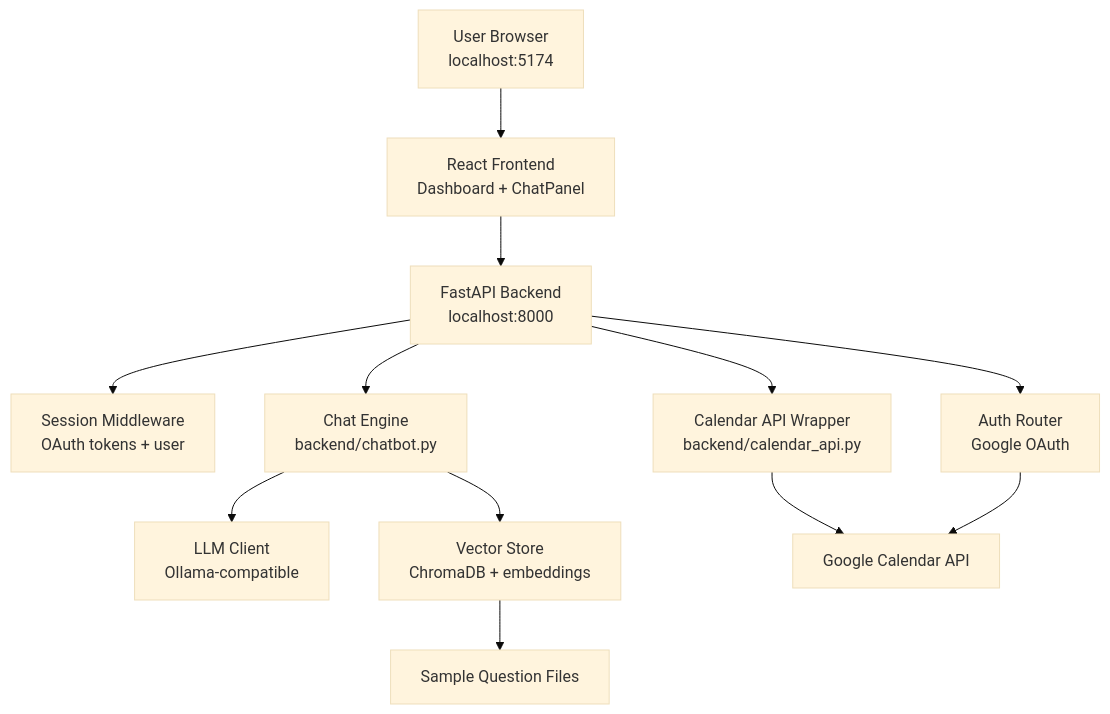
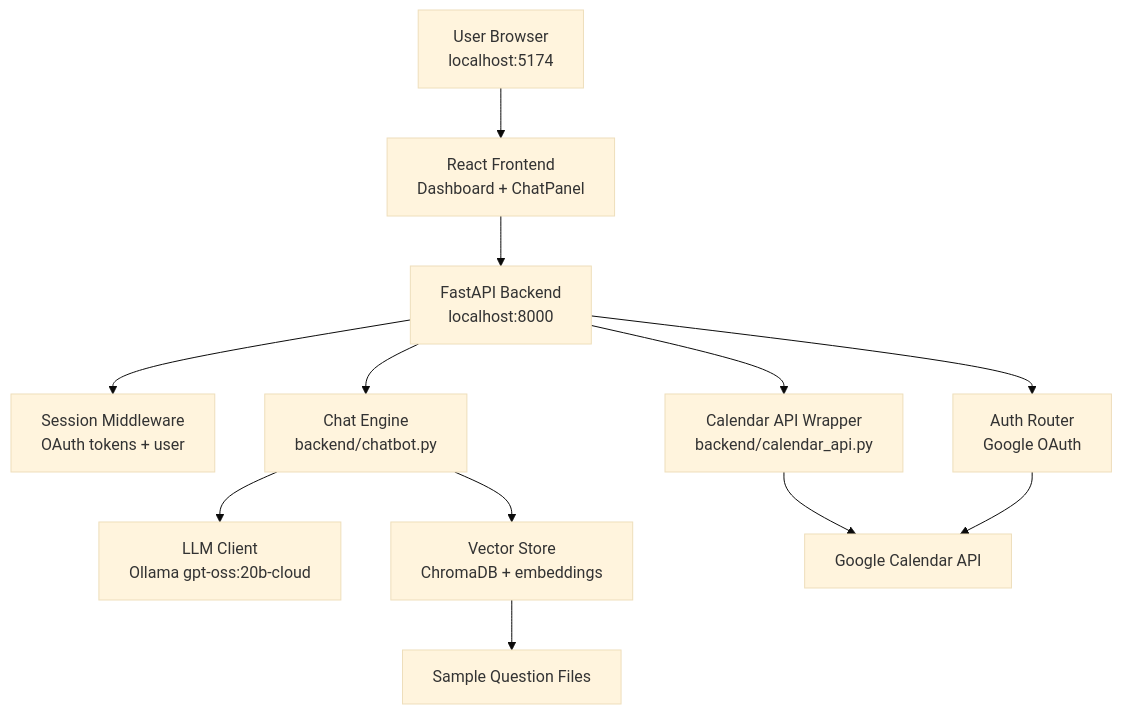
The first of 6 diagrams in PROJECT_DOCUMENTATION.md (rishabrkb123-collab/google-calendar-rag-chatbot), drawn with Mermaid (base theme) before and after one commit. The commit also changed other lines of this file and 16 other files, not shown here.

````diff
--- a/PROJECT_DOCUMENTATION.md
+++ b/PROJECT_DOCUMENTATION.md
@@ -213,14 +215,14 @@
 ```mermaid
 flowchart TD
     U[User Browser<br/>localhost:5174] --> F[React Frontend<br/>Dashboard + ChatPanel]
     F --> B[FastAPI Backend<br/>localhost:8000]
     B --> S[Session Middleware<br/>OAuth tokens + user]
     B --> A[Auth Router<br/>Google OAuth]
     B --> C[Calendar API Wrapper<br/>backend/calendar_api.py]
     B --> H[Chat Engine<br/>backend/chatbot.py]
-    H --> L[LLM Client<br/>Ollama-compatible]
+    H --> L[LLM Client<br/>Ollama gpt-oss:20b-cloud]
     H --> V[Vector Store<br/>ChromaDB + embeddings]
     V --> Q[Sample Question Files]
     C --> G[Google Calendar API]
     A --> G
 ```
````
